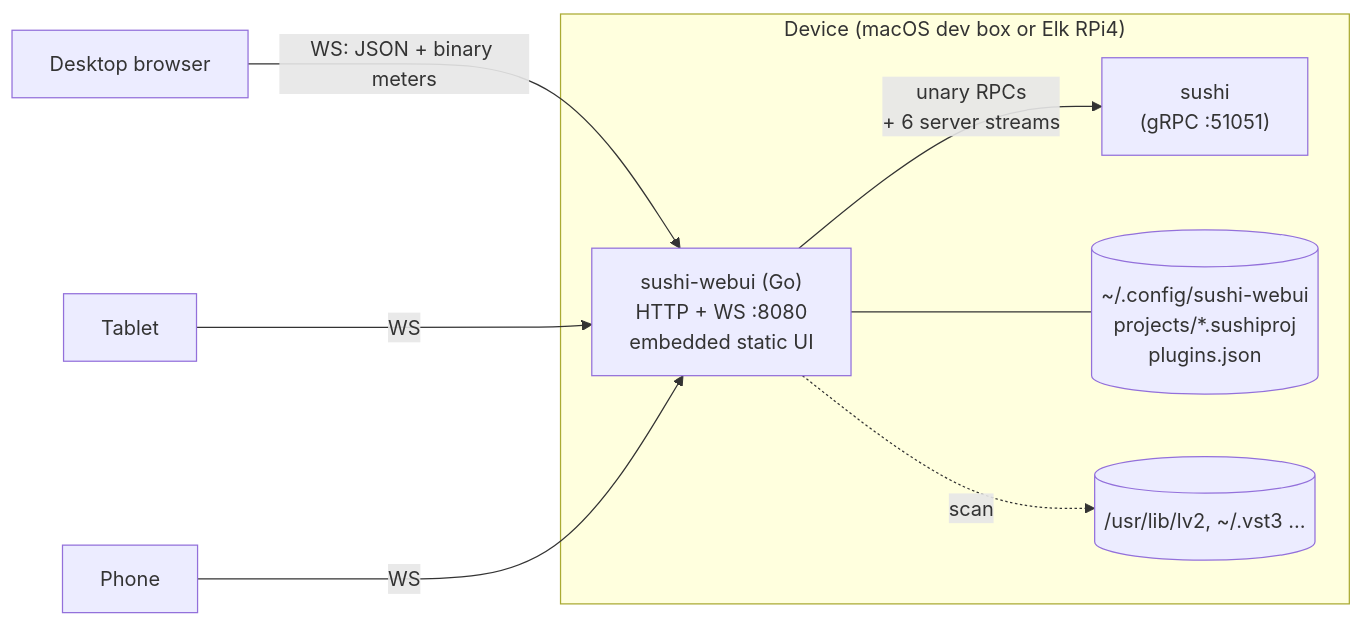
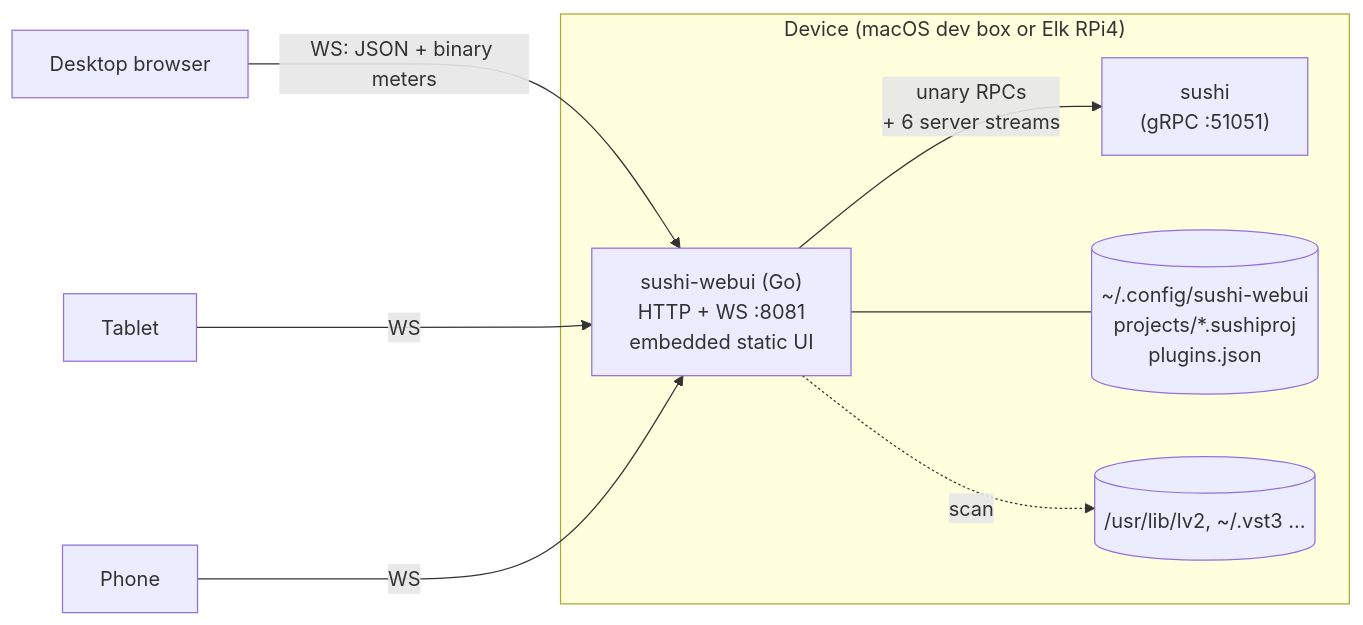
The first of 3 diagrams in docs/ARCHITECTURE.md (elk-audio/sushi-webui), drawn with Mermaid before and after one commit. The commit also changed other lines of this file and 1 other file, not shown here.

````diff
--- a/docs/ARCHITECTURE.md
+++ b/docs/ARCHITECTURE.md
@@ -19,15 +19,15 @@
 ```mermaid
 flowchart LR
   subgraph Device["Device (macOS dev box or Elk RPi4)"]
     S["sushi\n(gRPC :51051)"]
-    W["sushi-webui (Go)\nHTTP + WS :8080\nembedded static UI"]
+    W["sushi-webui (Go)\nHTTP + WS :8081\nembedded static UI"]
     FS[("~/.config/sushi-webui\nprojects/*.sushiproj\nplugins.json")]
     PL[("/usr/lib/lv2, ~/.vst3 …")]
     W -- "unary RPCs\n+ 6 server streams" --> S
     W --- FS
     W -. "scan" .-> PL
   end
   B1["Desktop browser"] -- "WS: JSON + binary meters" --> W
   B2["Tablet"] -- WS --> W
   B3["Phone"] -- WS --> W
 ```
````
